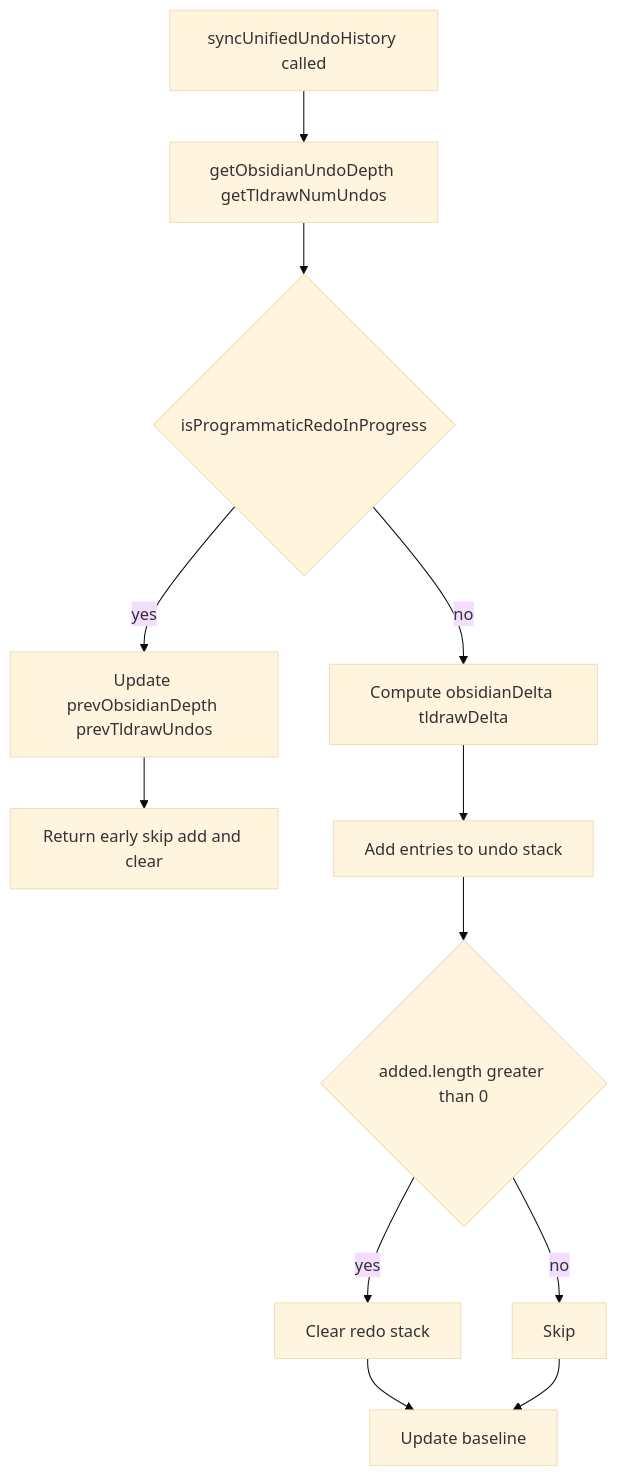
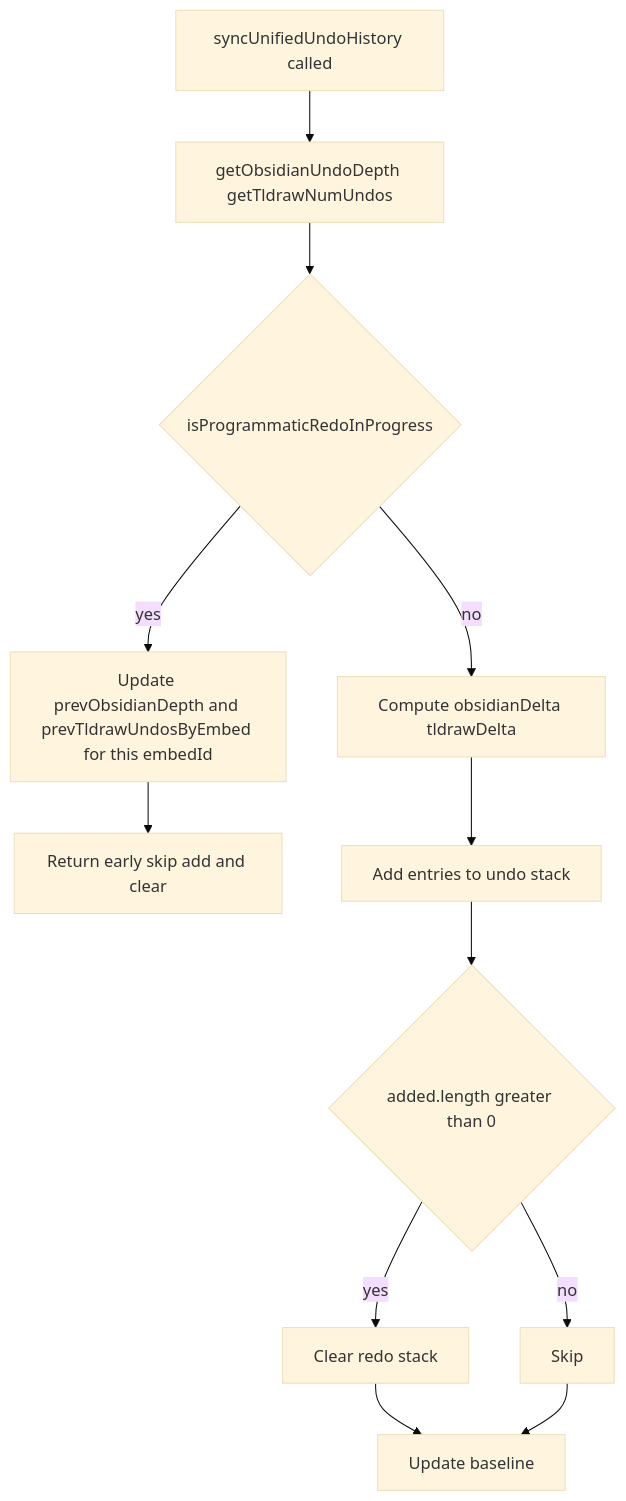
The third of 6 diagrams in docs/undo-redo-implementation.md (daledesilva/obsidian_ink), drawn with Mermaid (base theme) before and after one commit. The commit also changed other lines of this file and 5 other files, not shown here.

Commit message:
Fixed alternating embed undos

````diff
--- a/docs/undo-redo-implementation.md
+++ b/docs/undo-redo-implementation.md
@@ -72,14 +72,14 @@
 ```mermaid
 flowchart TD
     A[syncUnifiedUndoHistory called] --> B[getObsidianUndoDepth getTldrawNumUndos]
     B --> C{isProgrammaticRedoInProgress}
-    C -->|yes| D[Update prevObsidianDepth prevTldrawUndos]
+    C -->|yes| D[Update prevObsidianDepth and prevTldrawUndosByEmbed for this embedId]
     D --> E[Return early skip add and clear]
     C -->|no| F[Compute obsidianDelta tldrawDelta]
     F --> G[Add entries to undo stack]
     G --> H{added.length greater than 0}
     H -->|yes| I[Clear redo stack]
     H -->|no| J[Skip]
     I --> K[Update baseline]
     J --> K
 ```
````
